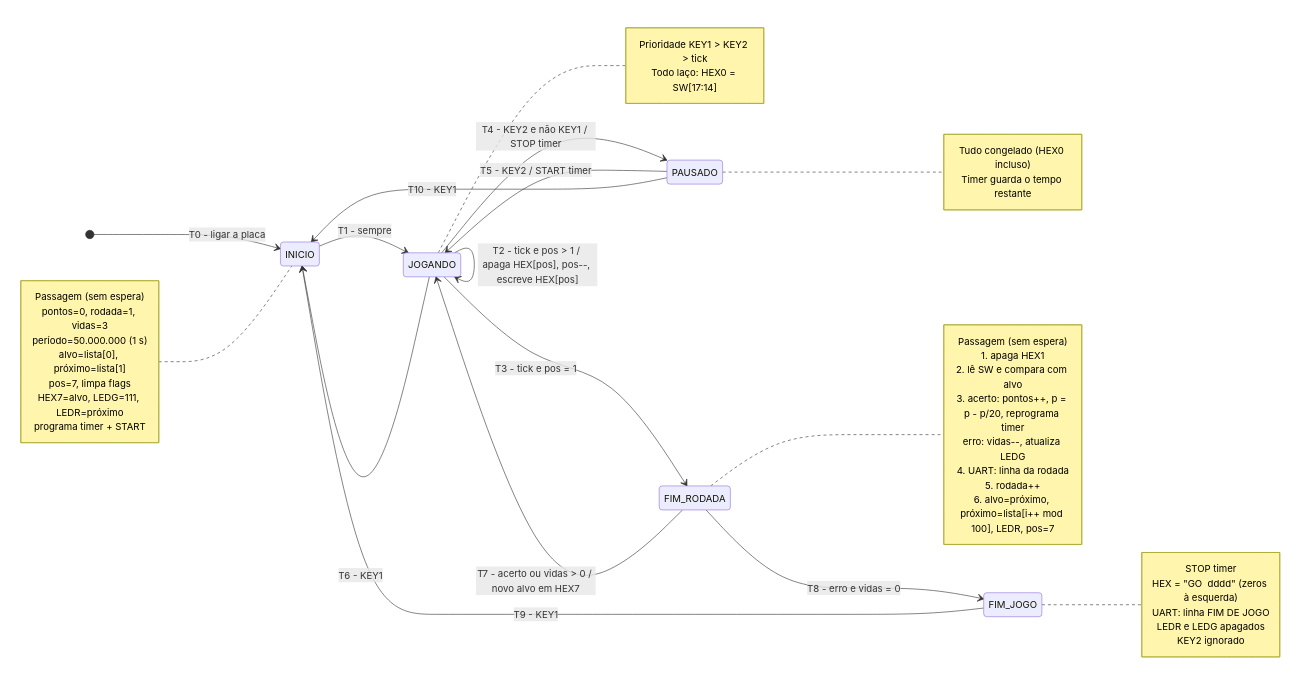
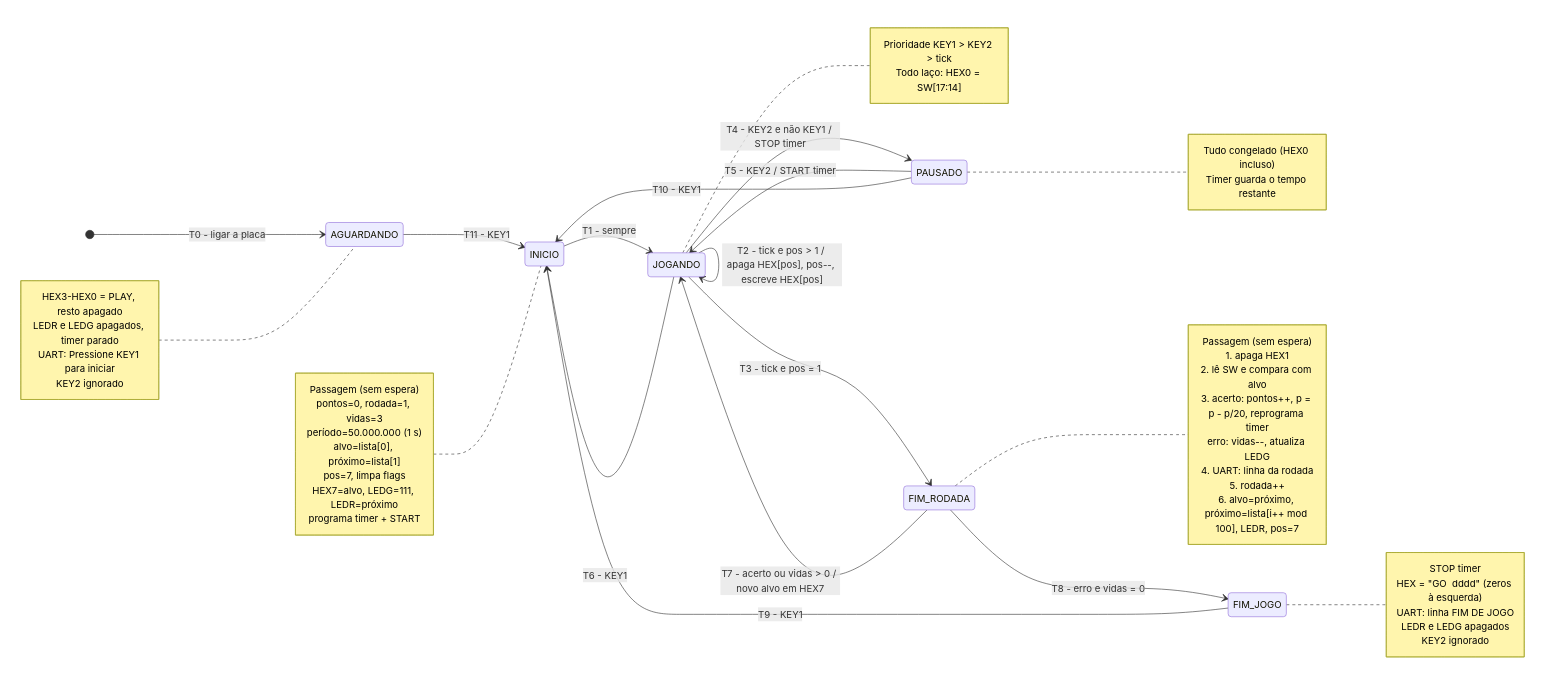
Before and after one commit to vitorpassagem-unesp/hex-rush: the diagram in docs/especificacao.md, drawn with Mermaid. The commit also changed other lines of this file and 1 other file, not shown here.

First line of the commit message:
docs: jogo passa a começar com KEY1 (estado AGUARDANDO)

````diff
--- a/docs/especificacao.md
+++ b/docs/especificacao.md
@@ -97,60 +97,69 @@
 ```mermaid
 stateDiagram-v2
     direction LR
 
-    [*] --> INICIO : T0 - ligar a placa
+    [*] --> AGUARDANDO : T0 - ligar a placa
+
+    AGUARDANDO --> INICIO : T11 - KEY1
 
     INICIO --> JOGANDO : T1 - sempre
 
     JOGANDO --> JOGANDO : T2 - tick e pos > 1 / apaga HEX[pos], pos--, escreve HEX[pos]
     JOGANDO --> FIM_RODADA : T3 - tick e pos = 1
     JOGANDO --> PAUSADO : T4 - KEY2 e não KEY1 / STOP timer
     JOGANDO --> INICIO : T6 - KEY1
 
     PAUSADO --> JOGANDO : T5 - KEY2 / START timer
     PAUSADO --> INICIO : T10 - KEY1
 
     FIM_RODADA --> JOGANDO : T7 - acerto ou vidas > 0 / novo alvo em HEX7
     FIM_RODADA --> FIM_JOGO : T8 - erro e vidas = 0
 
     FIM_JOGO --> INICIO : T9 - KEY1
+
+    note left of AGUARDANDO
+        HEX3-HEX0 = PLAY, resto apagado
+        LEDR e LEDG apagados, timer parado
+        UART: Pressione KEY1 para iniciar
+        KEY2 ignorado
+    end note
 
     note left of INICIO
         Passagem (sem espera)
         pontos=0, rodada=1, vidas=3
         período=50.000.000 (1 s)
         alvo=lista[0], próximo=lista[1]
         pos=7, limpa flags
         HEX7=alvo, LEDG=111, LEDR=próximo
         programa timer + START
     end note
 
     note right of JOGANDO
         Prioridade KEY1 > KEY2 > tick
         Todo laço: HEX0 = SW[17:14]
     end note
 
     note right of PAUSADO
         Tudo congelado (HEX0 incluso)
         Timer guarda o tempo restante
     end note
 
     note right of FIM_RODADA
         Passagem (sem espera)
         1. apaga HEX1
         2. lê SW e compara com alvo
         3. acerto: pontos++, p = p - p/20, reprograma timer
            erro: vidas--, atualiza LEDG
         4. UART: linha da rodada
         5. rodada++
         6. alvo=próximo, próximo=lista[i++ mod 100], LEDR, pos=7
     end note
 
     note right of FIM_JOGO
         STOP timer
         HEX = "GO  dddd" (zeros à esquerda)
         UART: linha FIM DE JOGO
         LEDR e LEDG apagados
         KEY2 ignorado
     end note
 ```
````
